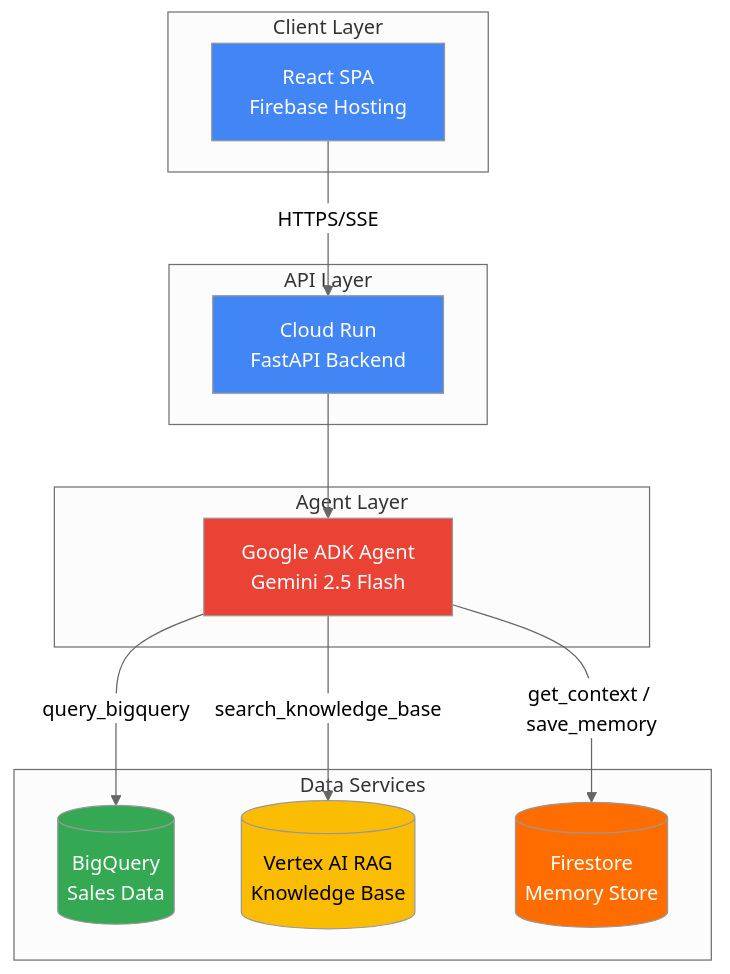
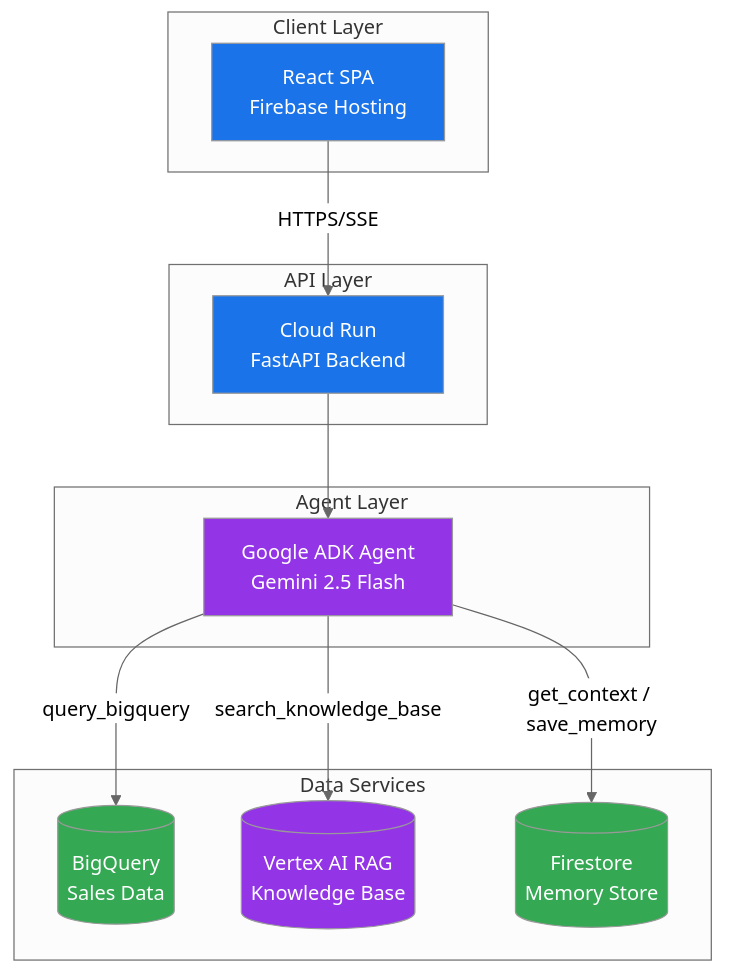
Before and after one commit to gadekar-pravin/InsightAgent: the first of 23 diagrams in ARCHITECTURE.md, drawn with Mermaid (neutral theme). The commit also changed other lines of this file, not shown here.

First line of the commit message:
Implement consistent color theme for all Mermaid diagrams

````diff
--- a/ARCHITECTURE.md
+++ b/ARCHITECTURE.md
@@ -39,33 +55,33 @@
 ```mermaid
 flowchart TB
     subgraph "Client Layer"
         UI[React SPA<br/>Firebase Hosting]
     end
 
     subgraph "API Layer"
         CR[Cloud Run<br/>FastAPI Backend]
     end
 
     subgraph "Agent Layer"
         AGENT[Google ADK Agent<br/>Gemini 2.5 Flash]
     end
 
     subgraph "Data Services"
         BQ[(BigQuery<br/>Sales Data)]
         RAG[(Vertex AI RAG<br/>Knowledge Base)]
         FS[(Firestore<br/>Memory Store)]
     end
 
     UI -->|HTTPS/SSE| CR
     CR --> AGENT
     AGENT -->|query_bigquery| BQ
     AGENT -->|search_knowledge_base| RAG
     AGENT -->|get_context / save_memory| FS
 
-    style UI fill:#4285F4,color:#fff
-    style CR fill:#4285F4,color:#fff
-    style AGENT fill:#EA4335,color:#fff
+    style UI fill:#1A73E8,color:#fff
+    style CR fill:#1A73E8,color:#fff
+    style AGENT fill:#9334E6,color:#fff
     style BQ fill:#34A853,color:#fff
-    style RAG fill:#FBBC04,color:#000
-    style FS fill:#FF6D01,color:#fff
+    style RAG fill:#9334E6,color:#fff
+    style FS fill:#34A853,color:#fff
 ```
````
